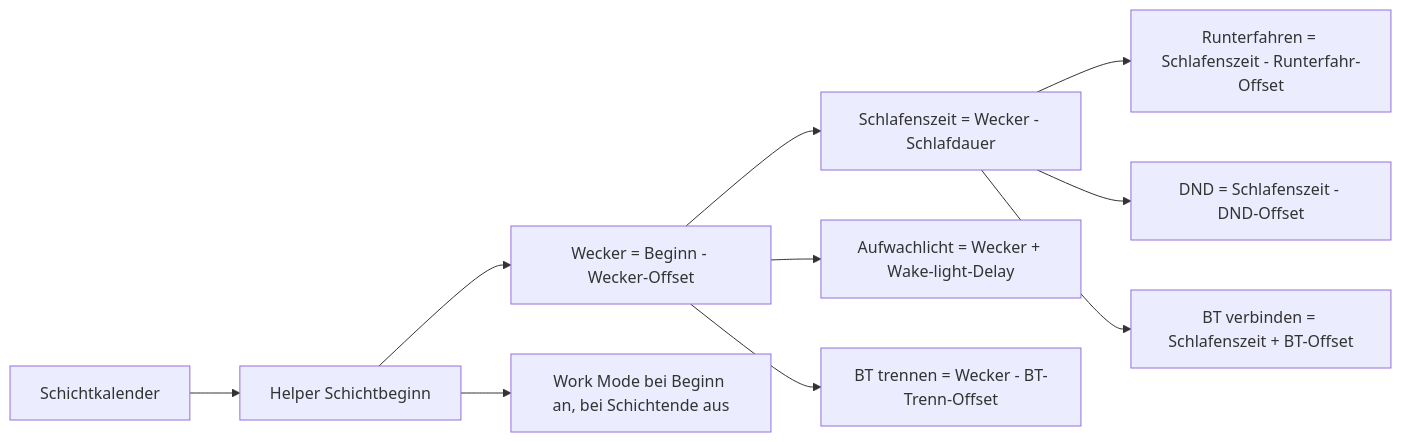
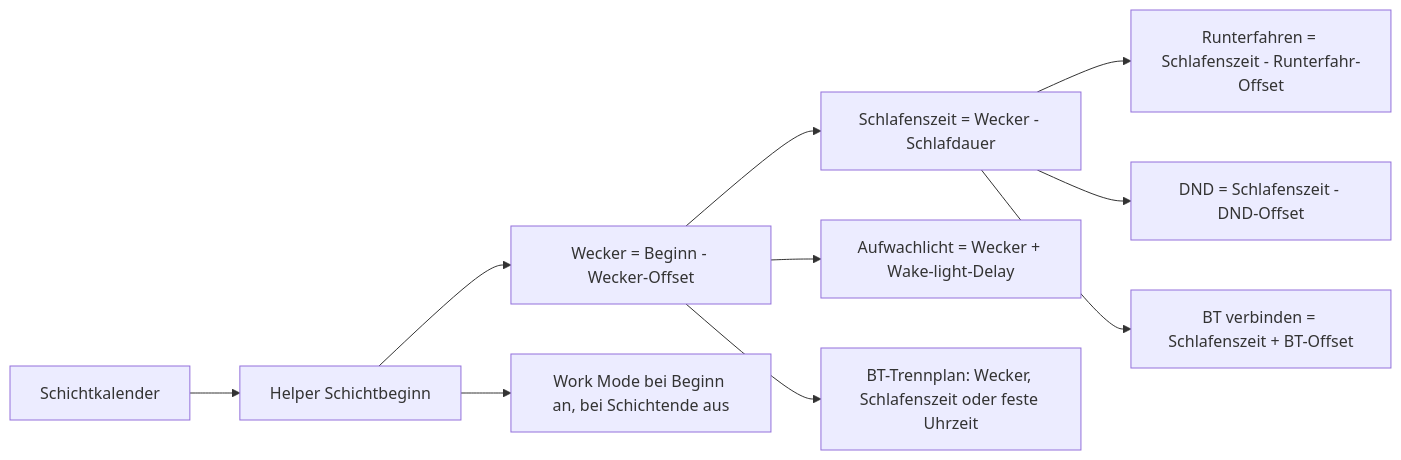
The second of 3 diagrams in README.de.md (theniwo/homeassistant), drawn with Mermaid before and after one commit. The commit also changed other lines of this file and 5 other files, not shown here.

````diff
--- a/README.de.md
+++ b/README.de.md
@@ -59,12 +59,12 @@
 ```mermaid
 flowchart LR
     C[Schichtkalender] --> S[Helper Schichtbeginn]
     S --> A[Wecker = Beginn - Wecker-Offset]
     A --> B[Schlafenszeit = Wecker - Schlafdauer]
     A --> L[Aufwachlicht = Wecker + Wake-light-Delay]
     B --> W[Runterfahren = Schlafenszeit - Runterfahr-Offset]
     B --> D[DND = Schlafenszeit - DND-Offset]
     B --> BC[BT verbinden = Schlafenszeit + BT-Offset]
-    A --> BD[BT trennen = Wecker - BT-Trenn-Offset]
+    A --> BD[BT-Trennplan: Wecker, Schlafenszeit oder feste Uhrzeit]
     S --> M[Work Mode bei Beginn an, bei Schichtende aus]
 ```
````
